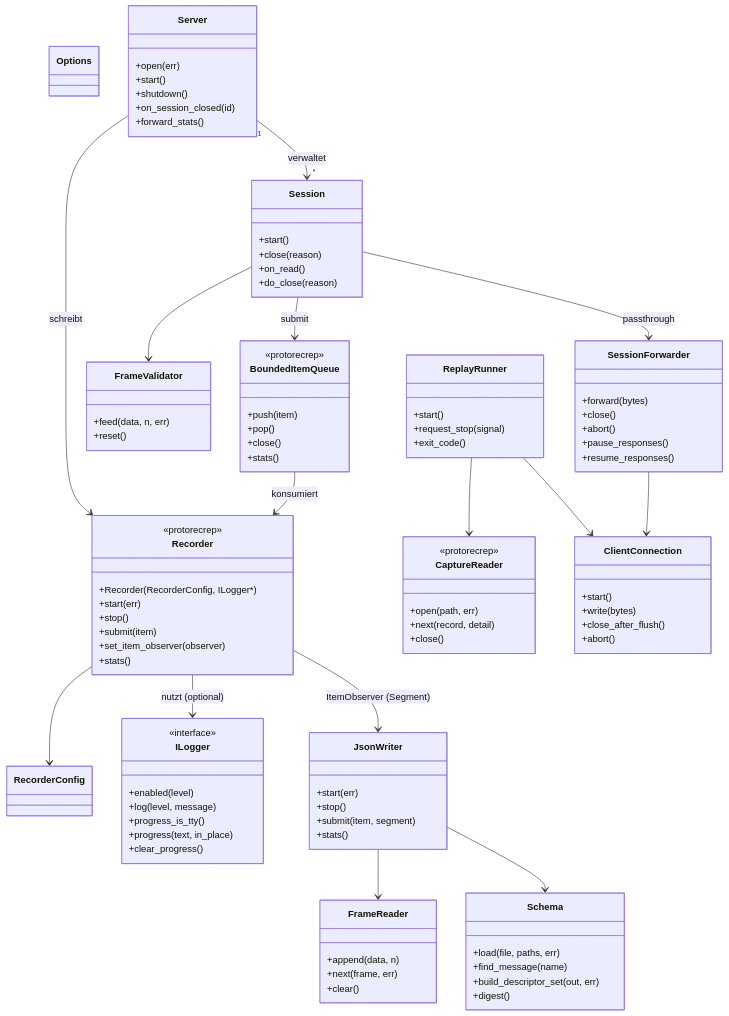
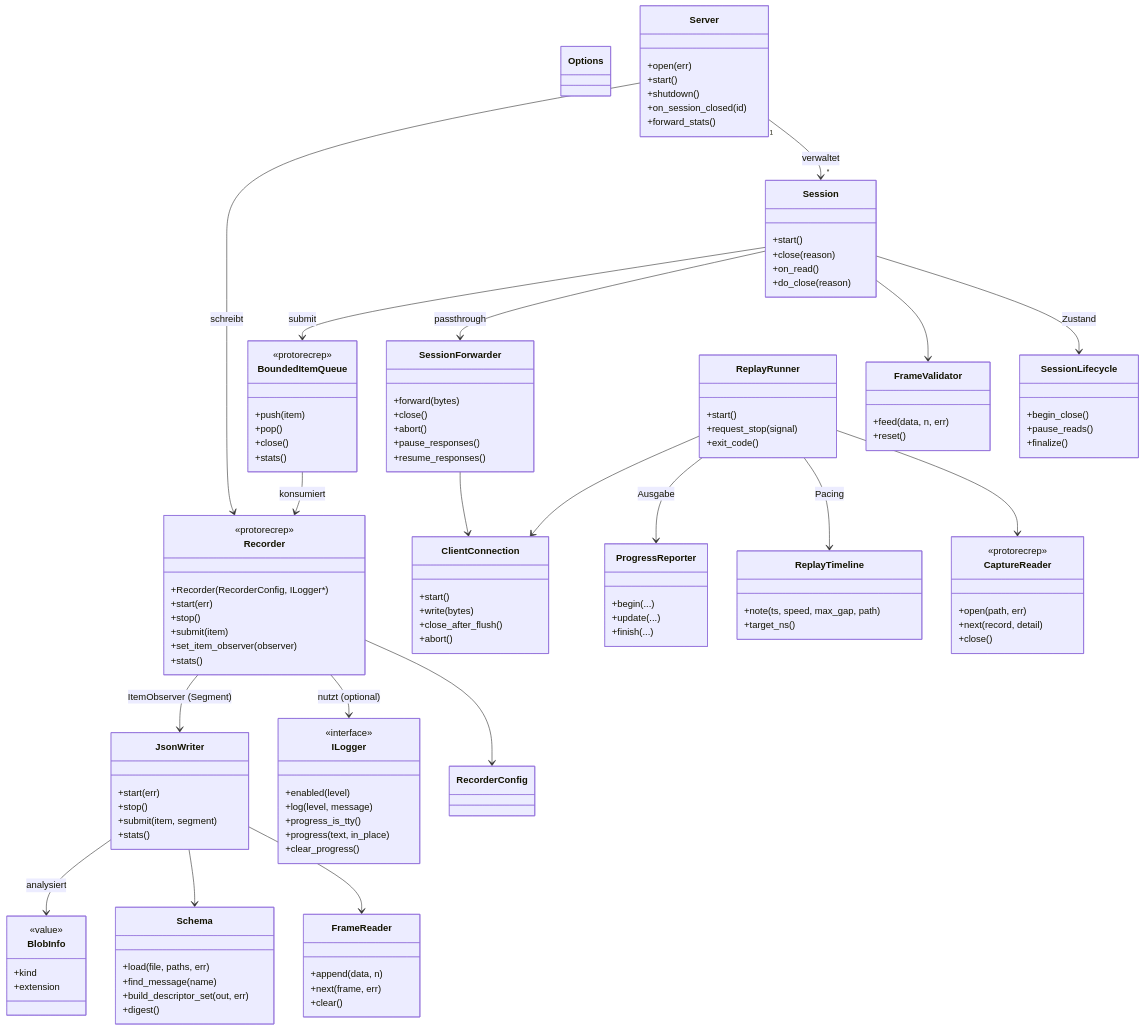
The third of 17 diagrams in doc/software-design.md (chriswit68/protorecprep), drawn with Mermaid before and after one commit. The commit also changed other lines of this file and 17 other files, not shown here.

First line of the commit message:
Refactor session management and add blob analysis utilities

````diff
--- a/doc/software-design.md
+++ b/doc/software-design.md
@@ -753,6 +814,11 @@
     +on_read()
     +do_close(reason)
   }
+  class SessionLifecycle {
+    +begin_close()
+    +pause_reads()
+    +finalize()
+  }
   class Recorder {
     <<protorecrep>>
     +Recorder(RecorderConfig, ILogger*)
@@ -775,6 +841,11 @@
     +submit(item, segment)
     +stats()
   }
+  class BlobInfo {
+    <<value>>
+    +kind
+    +extension
+  }
   class FrameValidator {
     +feed(data, n, err)
     +reset()
@@ -794,6 +865,15 @@
     +start()
     +request_stop(signal)
     +exit_code()
+  }
+  class ReplayTimeline {
+    +note(ts, speed, max_gap, path)
+    +target_ns()
+  }
+  class ProgressReporter {
+    +begin(...)
+    +update(...)
+    +finish(...)
   }
   class CaptureReader {
     <<protorecrep>>
@@ -816,6 +896,7 @@
   }
 
   Server "1" --> "*" Session : verwaltet
+  Session --> SessionLifecycle : Zustand
   Server --> Recorder : schreibt
   Recorder --> RecorderConfig
   Recorder --> ILogger : nutzt (optional)
@@ -826,7 +907,10 @@
   Recorder --> JsonWriter : ItemObserver (Segment)
   JsonWriter --> FrameReader
   JsonWriter --> Schema
+  JsonWriter --> BlobInfo : analysiert
   ReplayRunner --> CaptureReader
+  ReplayRunner --> ReplayTimeline : Pacing
+  ReplayRunner --> ProgressReporter : Ausgabe
   ReplayRunner --> ClientConnection
   SessionForwarder --> ClientConnection
 ```
````
